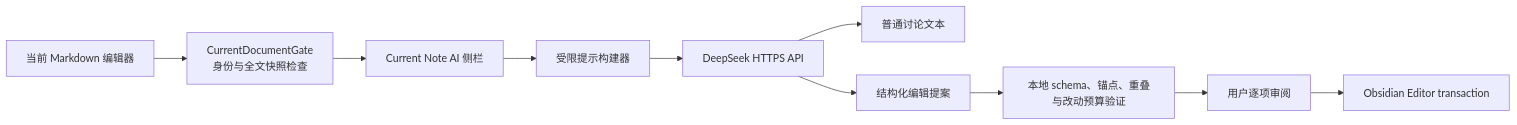
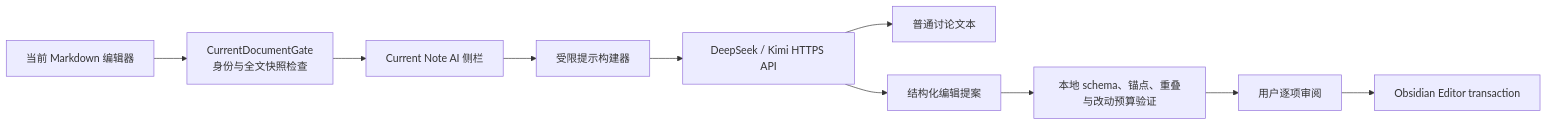
One commit to GavinKalvin/Current_Note_AI_plugin changed the diagram in README.md. Above: the diagram before and after it, drawn with Mermaid. The commit also changed other lines of this file and 20 other files, not shown here.

````diff
--- a/README.md
+++ b/README.md
@@ -75,12 +78,12 @@
 ```mermaid
 flowchart LR
   Editor["当前 Markdown 编辑器"] --> Gate["CurrentDocumentGate\n身份与全文快照检查"]
   Gate --> Sidebar["Current Note AI 侧栏"]
   Sidebar --> Prompt["受限提示构建器"]
-  Prompt --> DeepSeek["DeepSeek HTTPS API"]
-  DeepSeek --> Discussion["普通讨论文本"]
-  DeepSeek --> Proposal["结构化编辑提案"]
+  Prompt --> Providers["DeepSeek / Kimi HTTPS API"]
+  Providers --> Discussion["普通讨论文本"]
+  Providers --> Proposal["结构化编辑提案"]
   Proposal --> Validator["本地 schema、锚点、重叠与改动预算验证"]
   Validator --> Review["用户逐项审阅"]
   Review --> Transaction["Obsidian Editor transaction"]
 ```
````
